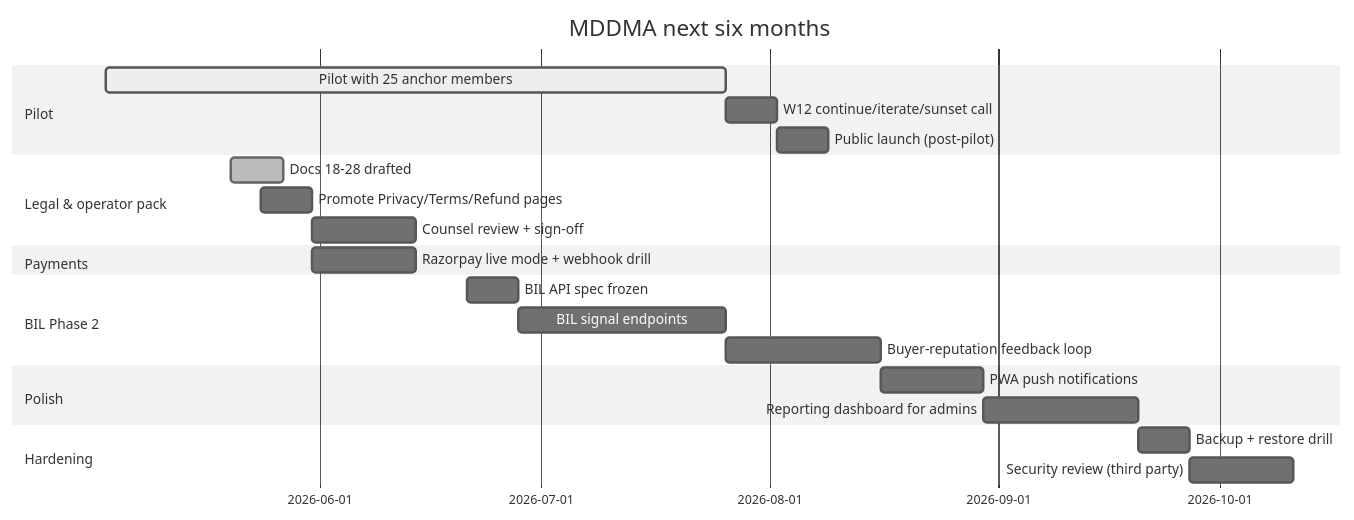
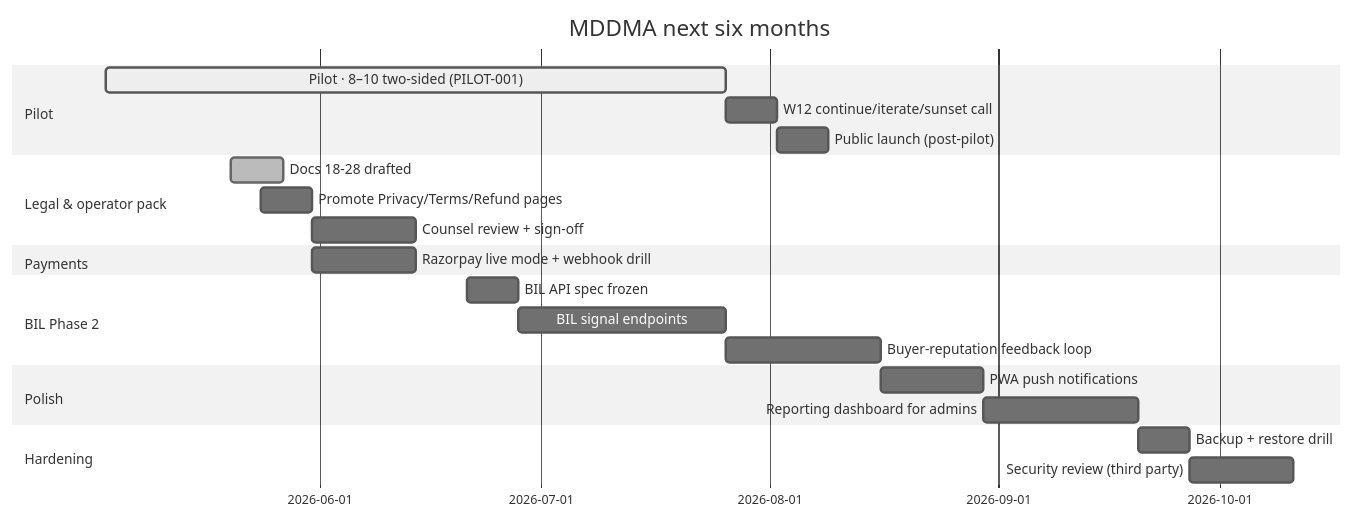
The diagram in supabase/functions/get-internal-doc/content/14-roadmap-and-glossary.md (arka97/mddma-test), drawn with Mermaid (neutral theme) before and after one commit. The commit also changed 7 other files, not shown here.

````diff
--- a/supabase/functions/get-internal-doc/content/14-roadmap-and-glossary.md
+++ b/supabase/functions/get-internal-doc/content/14-roadmap-and-glossary.md
@@ -7,25 +7,25 @@
 ```mermaid
 gantt
   title MDDMA next six months
   dateFormat  YYYY-MM-DD
   section Pilot
-  Pilot with 25 anchor members        :active, 2026-05-03, 12w
+  Pilot · 8–10 two-sided (PILOT-001)  :active, 2026-05-03, 12w
   W12 continue/iterate/sunset call    :        2026-07-26, 1w
   Public launch (post-pilot)          :        2026-08-02, 1w
   section Legal & operator pack
   Docs 18-28 drafted                  :done,   2026-05-20, 1w
   Promote Privacy/Terms/Refund pages  :        2026-05-24, 1w
   Counsel review + sign-off           :        2026-05-31, 2w
   section Payments
   Razorpay live mode + webhook drill  :        2026-05-31, 2w
   section BIL Phase 2
   BIL API spec frozen                 :        2026-06-21, 1w
   BIL signal endpoints                :        2026-06-28, 4w
   Buyer-reputation feedback loop      :        2026-07-26, 3w
   section Polish
   PWA push notifications              :        2026-08-16, 2w
   Reporting dashboard for admins      :        2026-08-30, 3w
   section Hardening
   Backup + restore drill              :        2026-09-20, 1w
   Security review (third party)       :        2026-09-27, 2w
 ```
````
